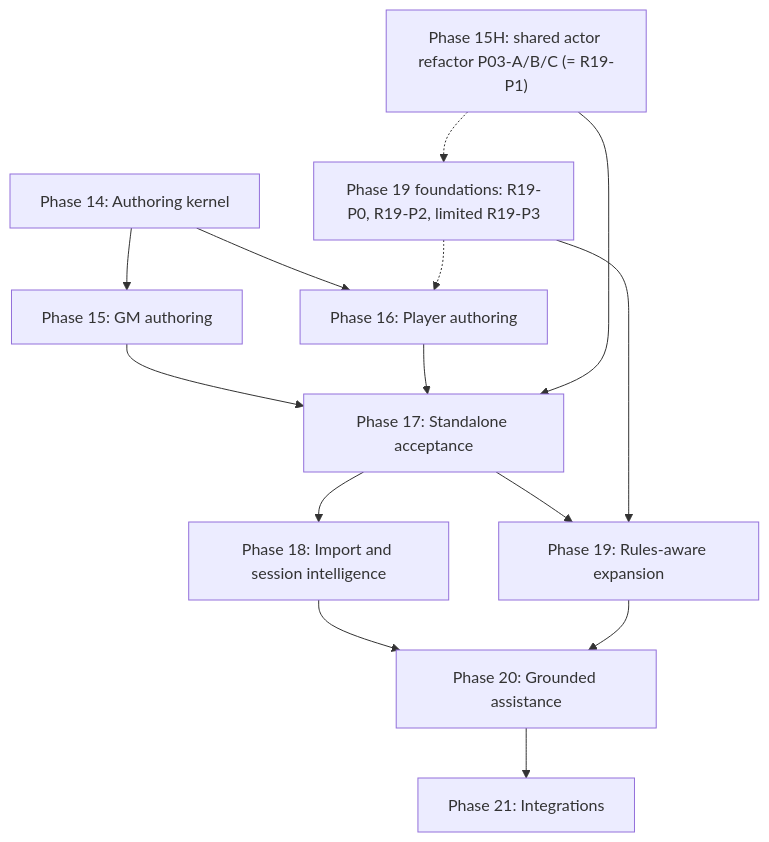
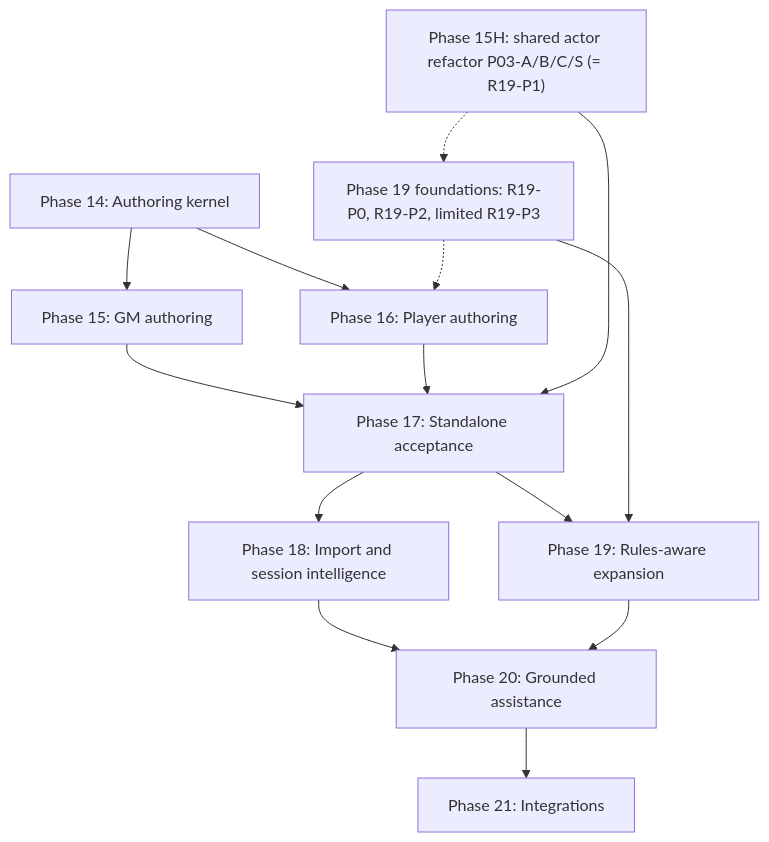
Before and after one commit to NemesisGhost/dnd_ai: the diagram in docs/PLANv2.md, drawn with Mermaid. The commit also changed other lines of this file and 4 other files, not shown here.

First line of the commit message:
docs: resolve R19 architecture review findings

````diff
--- a/docs/PLANv2.md
+++ b/docs/PLANv2.md
@@ -181,16 +181,16 @@
 ```mermaid
 flowchart TD
     A["Phase 14: Authoring kernel"] --> B["Phase 15: GM authoring"]
     A --> C["Phase 16: Player authoring"]
     B --> D["Phase 17: Standalone acceptance"]
     C --> D
     D --> E["Phase 18: Import and session intelligence"]
     D --> F["Phase 19: Rules-aware expansion"]
     E --> G["Phase 20: Grounded assistance"]
     F --> G
     G --> H["Phase 21: Integrations"]
-    B15H["Phase 15H: shared actor refactor P03-A/B/C (= R19-P1)"] -.-> F0
+    B15H["Phase 15H: shared actor refactor P03-A/B/C/S (= R19-P1)"] -.-> F0
     F0["Phase 19 foundations: R19-P0, R19-P2, limited R19-P3"] -.-> C
     F0 --> F
     B15H --> D
 ```
````
